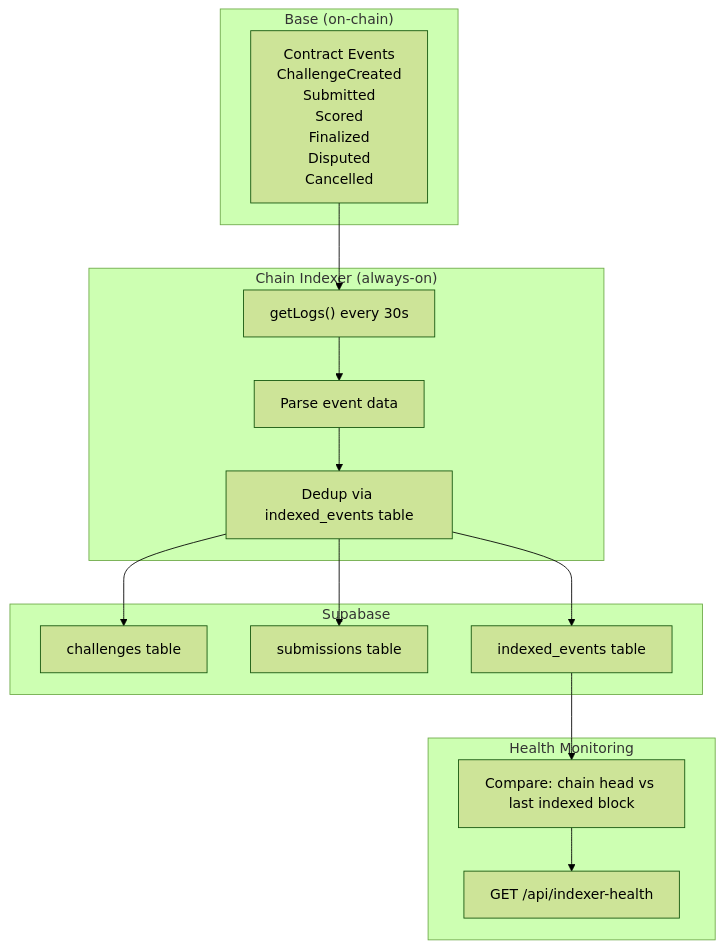
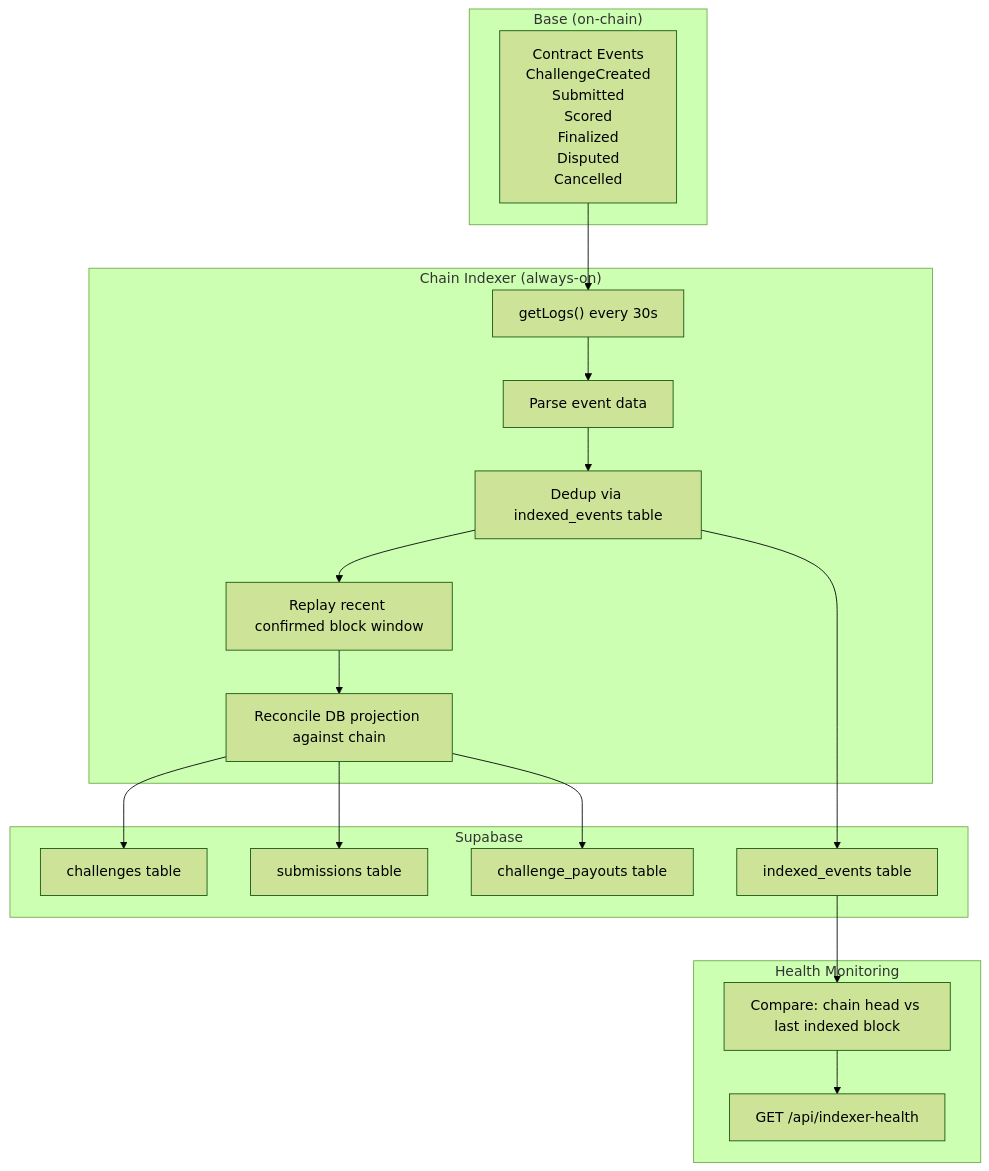
One commit to andymolecule/Hermes changed diagram 14 of 15 in docs/architecture.md. Above: the diagram before and after it, drawn with Mermaid (forest theme). The commit also changed other lines of this file and 51 other files, not shown here.

Commit message:
refactor: tighten projection boundaries and baseline schema

````diff
--- a/docs/architecture.md
+++ b/docs/architecture.md
@@ -568,32 +586,38 @@
 ```mermaid
 flowchart TB
     subgraph Chain["Base (on-chain)"]
         Events["Contract Events<br/>ChallengeCreated<br/>Submitted<br/>Scored<br/>Finalized<br/>Disputed<br/>Cancelled"]
     end
 
     subgraph Indexer["Chain Indexer (always-on)"]
         Poller["getLogs() every 30s"]
         Parser["Parse event data"]
         Dedup["Dedup via indexed_events table"]
+        Replay["Replay recent confirmed block window"]
+        Reconcile["Reconcile DB projection against chain"]
     end
 
     subgraph DB["Supabase"]
         CT["challenges table"]
         ST["submissions table"]
+        PT["challenge_payouts table"]
         IE["indexed_events table"]
     end
 
     subgraph Monitor["Health Monitoring"]
         Health["GET /api/indexer-health"]
         Lag["Compare: chain head vs last indexed block"]
     end
 
     Events --> Poller
     Poller --> Parser
     Parser --> Dedup
-    Dedup --> CT
-    Dedup --> ST
+    Dedup --> Replay
+    Replay --> Reconcile
+    Reconcile --> CT
+    Reconcile --> ST
+    Reconcile --> PT
     Dedup --> IE
     IE --> Lag
     Lag --> Health
 ```
````
